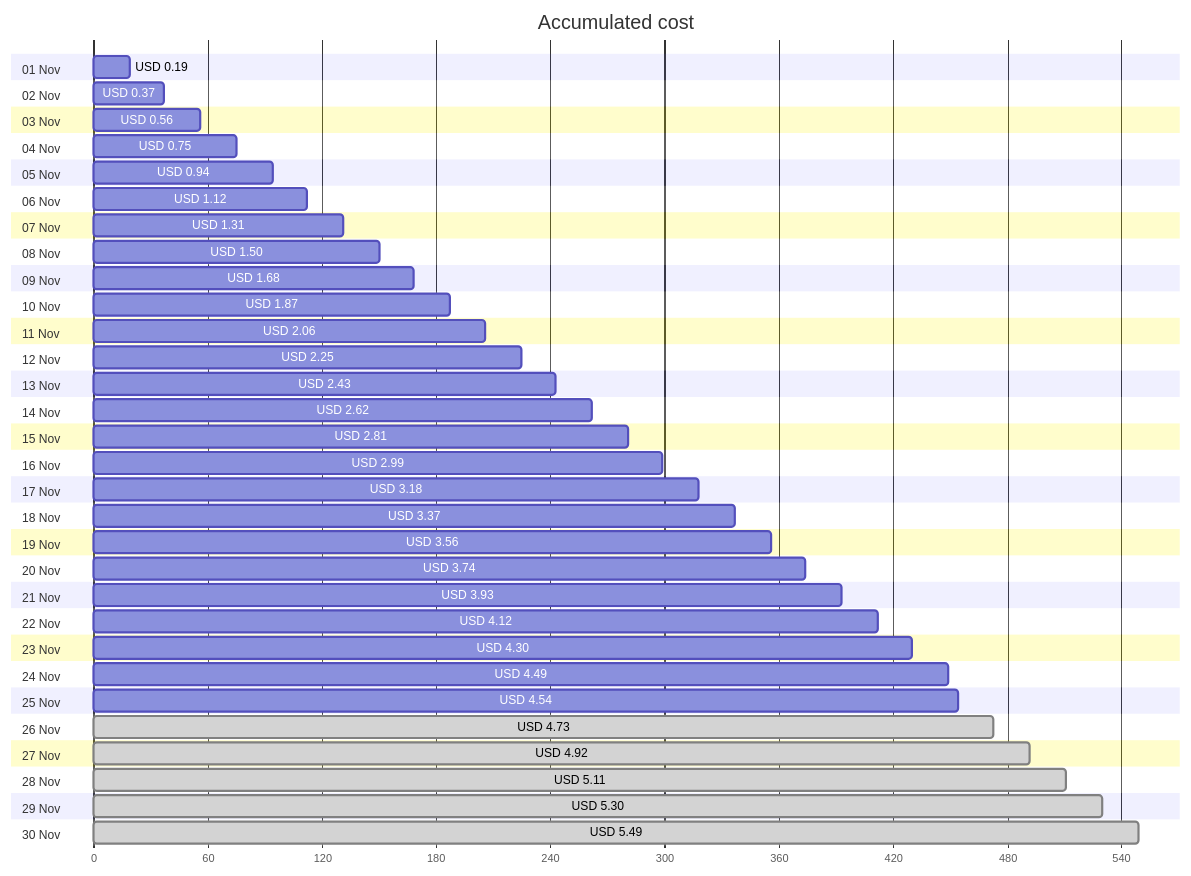
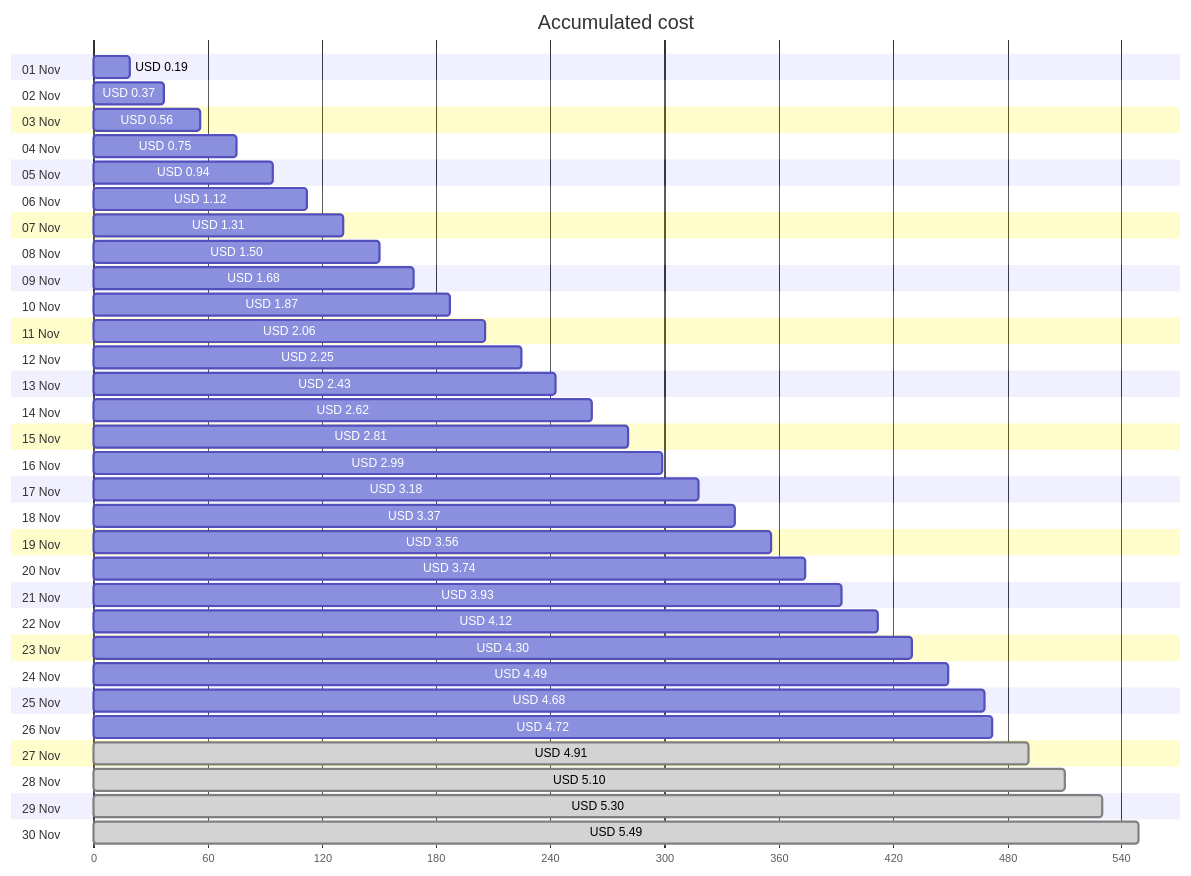
Before and after one commit to jpfulton/azure-personal-reports: the first of 4 diagrams in cost-reports/personal-network/backup-server.md, drawn with Mermaid. The commit also changed other lines of this file and 8 other files, not shown here.

````diff
--- a/cost-reports/personal-network/backup-server.md
+++ b/cost-reports/personal-network/backup-server.md
@@ -20,66 +20,66 @@
 ```mermaid
 gantt
    title Accumulated cost
    dateFormat  X
    axisFormat %s
    section 01 Nov
    USD 0.19 :0, 19
    section 02 Nov
    USD 0.37 :0, 37
    section 03 Nov
    USD 0.56 :0, 56
    section 04 Nov
    USD 0.75 :0, 75
    section 05 Nov
    USD 0.94 :0, 94
    section 06 Nov
    USD 1.12 :0, 112
    section 07 Nov
    USD 1.31 :0, 131
    section 08 Nov
    USD 1.50 :0, 150
    section 09 Nov
    USD 1.68 :0, 168
    section 10 Nov
    USD 1.87 :0, 187
    section 11 Nov
    USD 2.06 :0, 206
    section 12 Nov
    USD 2.25 :0, 225
    section 13 Nov
    USD 2.43 :0, 243
    section 14 Nov
    USD 2.62 :0, 262
    section 15 Nov
    USD 2.81 :0, 281
    section 16 Nov
    USD 2.99 :0, 299
    section 17 Nov
    USD 3.18 :0, 318
    section 18 Nov
    USD 3.37 :0, 337
    section 19 Nov
    USD 3.56 :0, 356
    section 20 Nov
    USD 3.74 :0, 374
    section 21 Nov
    USD 3.93 :0, 393
    section 22 Nov
    USD 4.12 :0, 412
    section 23 Nov
    USD 4.30 :0, 430
    section 24 Nov
    USD 4.49 :0, 449
    section 25 Nov
-   USD 4.54 :0, 454
+   USD 4.68 :0, 468
    section 26 Nov
-   USD 4.73 : done, 0, 473
+   USD 4.72 :0, 472
    section 27 Nov
-   USD 4.92 : done, 0, 492
+   USD 4.91 : done, 0, 491
    section 28 Nov
-   USD 5.11 : done, 0, 511
+   USD 5.10 : done, 0, 510
    section 29 Nov
    USD 5.30 : done, 0, 530
    section 30 Nov
    USD 5.49 : done, 0, 549
 ```
````
